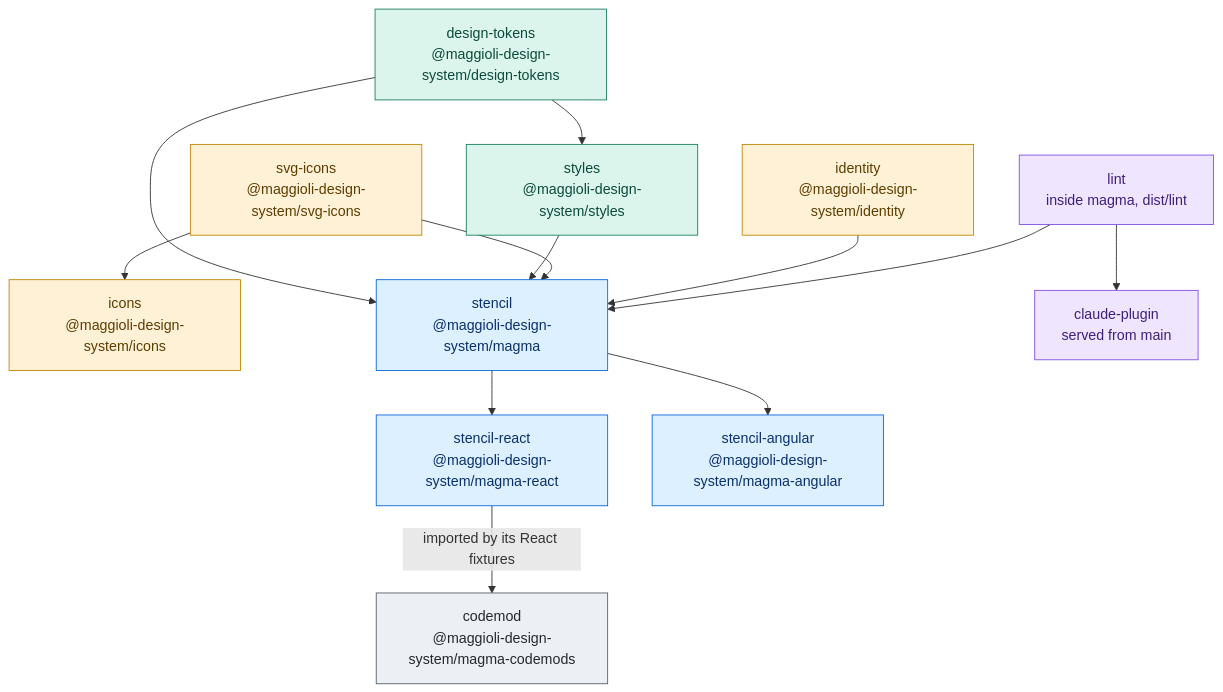
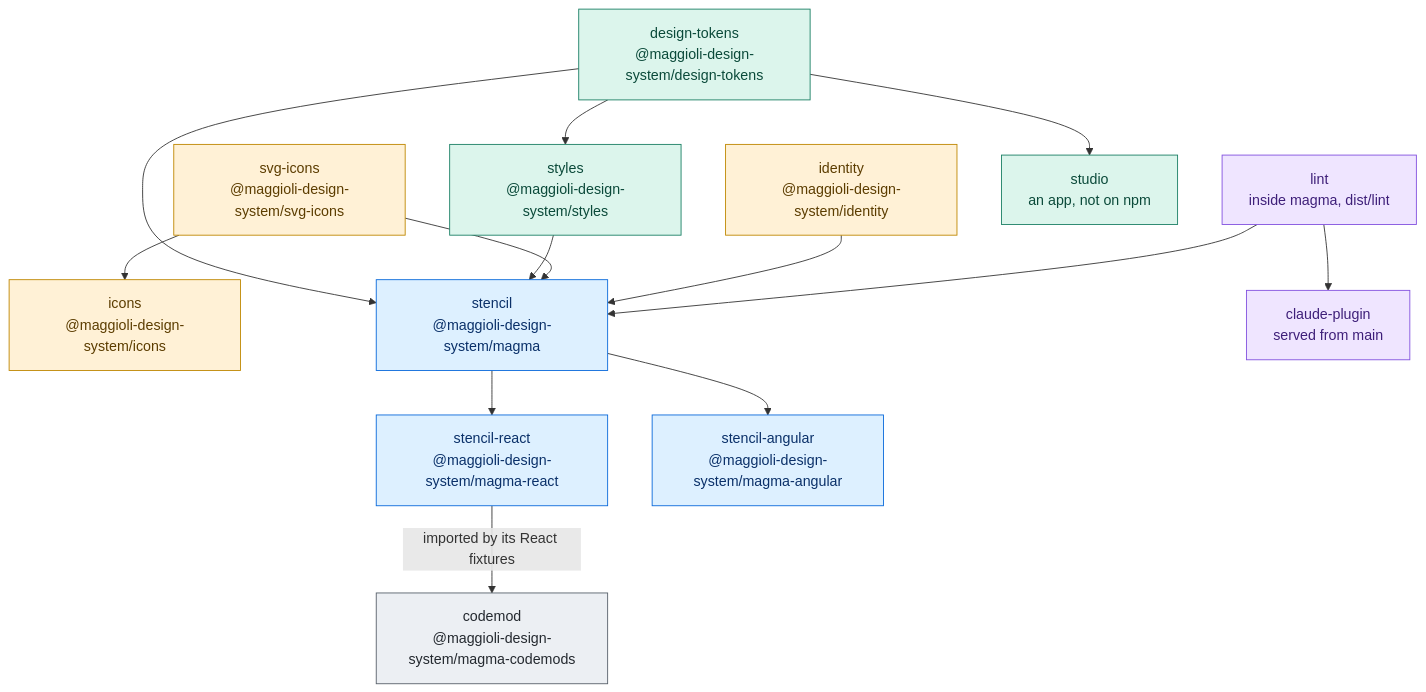
Before and after one commit to magma-design-system/magma: the first of 2 diagrams in docs/ARCHITECTURE.md, drawn with Mermaid. The commit also changed other lines of this file and 46 other files, not shown here.

````diff
--- a/docs/ARCHITECTURE.md
+++ b/docs/ARCHITECTURE.md
@@ -7,38 +7,40 @@
 ```mermaid
 graph TD
   DT["design-tokens<br/>@maggioli-design-system/design-tokens"]
   ID["identity<br/>@maggioli-design-system/identity"]
   SI["svg-icons<br/>@maggioli-design-system/svg-icons"]
   IC["icons<br/>@maggioli-design-system/icons"]
   ST["styles<br/>@maggioli-design-system/styles"]
   LINT["lint<br/>inside magma, dist/lint"]
   WC["stencil<br/>@maggioli-design-system/magma"]
   RE["stencil-react<br/>@maggioli-design-system/magma-react"]
   AN["stencil-angular<br/>@maggioli-design-system/magma-angular"]
   CM["codemod<br/>@maggioli-design-system/magma-codemods"]
   CP["claude-plugin<br/>served from main"]
+  SD["studio<br/>an app, not on npm"]
 
   DT --> ST
   DT --> WC
+  DT --> SD
   ST --> WC
   SI --> WC
   SI --> IC
   ID --> WC
   LINT --> WC
   LINT --> CP
   WC --> RE
   WC --> AN
   RE -->|"imported by its React fixtures"| CM
   class LINT,CP ai
   class ID,SI,IC assets
-  class DT,ST visual
+  class DT,ST,SD visual
   class WC,RE,AN components
   class CM tooling
   classDef ai fill:#efe5ff,stroke:#8250df,color:#3e1f79
   classDef assets fill:#fff1d6,stroke:#bf8700,color:#5c3d00
   classDef visual fill:#dcf5ec,stroke:#1a7f64,color:#0b4a3a
   classDef components fill:#ddf0ff,stroke:#0969da,color:#0a3069
   classDef tooling fill:#eceff3,stroke:#57606a,color:#24292f
   classDef outside fill:#ffffff,stroke:#8c959f,color:#24292f
   classDef area fill:none,stroke:#8c959f
 ```
````
